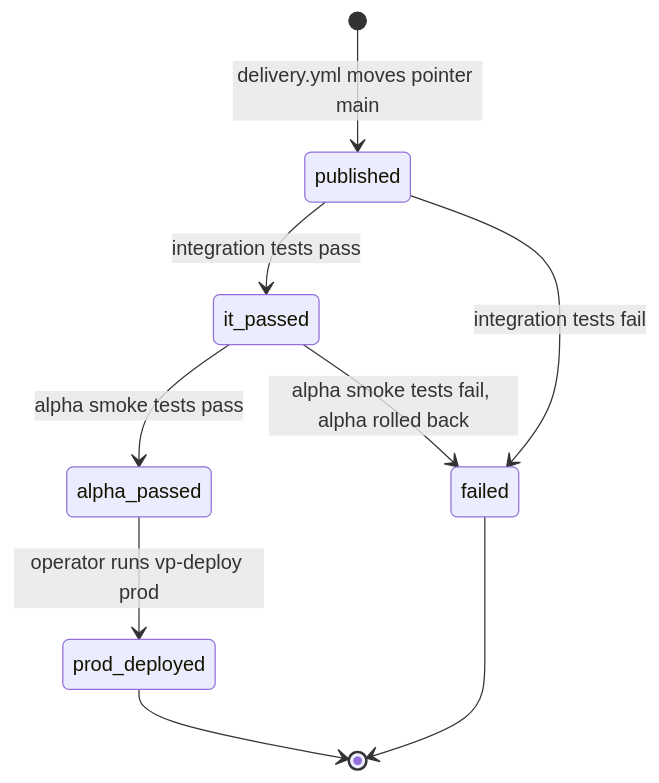
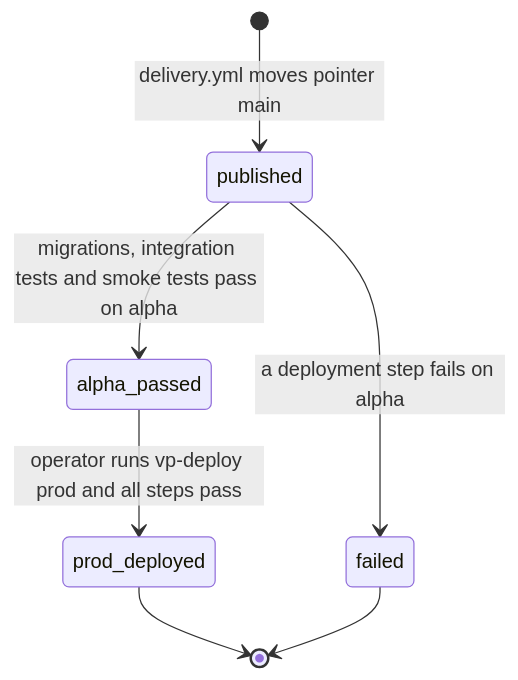
The seventh of 8 diagrams in docs/architecture/architecture-upgrade.md (Viespirkiu-grupe/viespirkiai), drawn with Mermaid before and after one commit. The commit also changed other lines of this file, not shown here.

Commit message:
deploy adjustments

````diff
--- a/docs/architecture/architecture-upgrade.md
+++ b/docs/architecture/architecture-upgrade.md
@@ -931,11 +929,9 @@
 ```mermaid
 stateDiagram-v2
     [*] --> published: delivery.yml moves pointer main
-    published --> it_passed: integration tests pass
-    published --> failed: integration tests fail
-    it_passed --> alpha_passed: alpha smoke tests pass
-    it_passed --> failed: alpha smoke tests fail, alpha rolled back
-    alpha_passed --> prod_deployed: operator runs vp-deploy prod
+    published --> alpha_passed: migrations, integration tests and smoke tests pass on alpha
+    published --> failed: a deployment step fails on alpha
+    alpha_passed --> prod_deployed: operator runs vp-deploy prod and all steps pass
     prod_deployed --> [*]
     failed --> [*]
 ```
````
